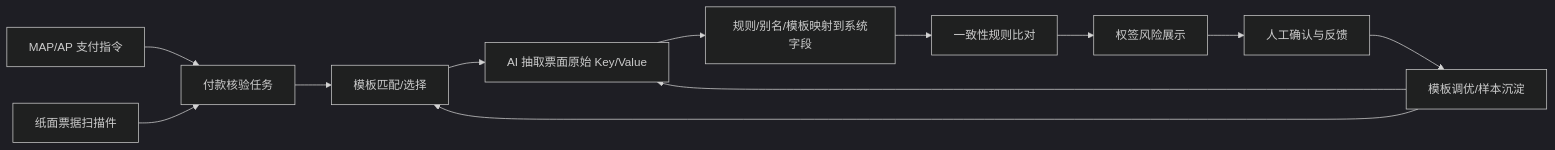
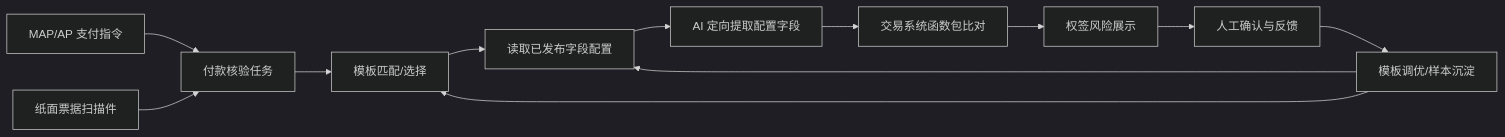
Before and after one commit to LuluCJJ/bill-verification: the diagram in README.md, drawn with Mermaid (dark theme). The commit also changed other lines of this file and 11 other files, not shown here.

````diff
--- a/README.md
+++ b/README.md
@@ -49,14 +54,14 @@
 ```mermaid
 flowchart LR
     A["MAP/AP 支付指令"] --> C["付款核验任务"]
     B["纸面票据扫描件"] --> C
     C --> D["模板匹配/选择"]
-    D --> E["AI 抽取票面原始 Key/Value"]
-    E --> F["规则/别名/模板映射到系统字段"]
-    F --> G["一致性规则比对"]
+    D --> E["读取已发布字段配置"]
+    E --> F["AI 定向提取配置字段"]
+    F --> G["交易系统函数包比对"]
     G --> H["权签风险展示"]
     H --> I["人工确认与反馈"]
     I --> J["模板调优/样本沉淀"]
     J --> D
     J --> E
 ```
````
